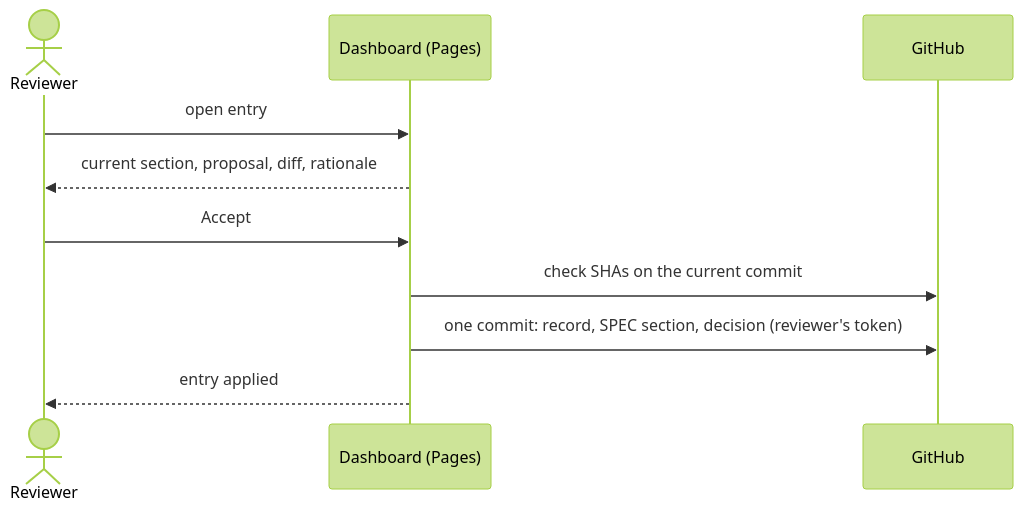
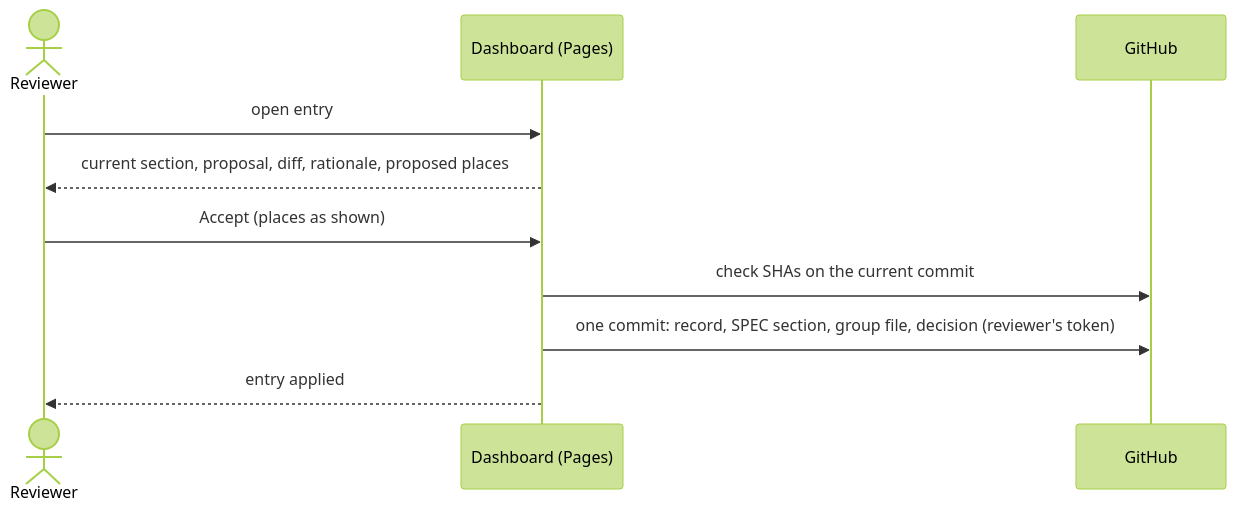
The diagram in docs/use-cases/UC-006-approve-a-specification-change.md (akmaier/agent-m), drawn with Mermaid (forest theme) before and after one commit. The commit also changed other lines of this file and 3 other files, not shown here.

First line of the commit message:
UC-005, UC-019, UC-006, UC-021: a drafted new requirement carries its proposed place in the requirement hierarchy in its queue entry; accepting the entry writes the place into docs/groups/requirements.md in the same commit (draft)

````diff
--- a/docs/use-cases/UC-006-approve-a-specification-change.md
+++ b/docs/use-cases/UC-006-approve-a-specification-change.md
@@ -64,12 +74,12 @@
 ```mermaid
 sequenceDiagram
     actor R as Reviewer
     participant D as Dashboard (Pages)
     participant G as GitHub
     R->>D: open entry
-    D-->>R: current section, proposal, diff, rationale
-    R->>D: Accept
+    D-->>R: current section, proposal, diff, rationale, proposed places
+    R->>D: Accept (places as shown)
     D->>G: check SHAs on the current commit
-    D->>G: one commit: record, SPEC section, decision (reviewer's token)
+    D->>G: one commit: record, SPEC section, group file, decision (reviewer's token)
     D-->>R: entry applied
 ```
````
